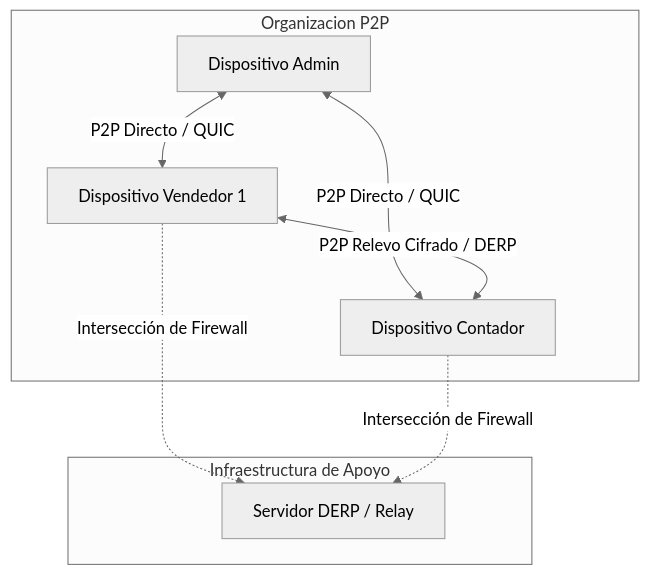
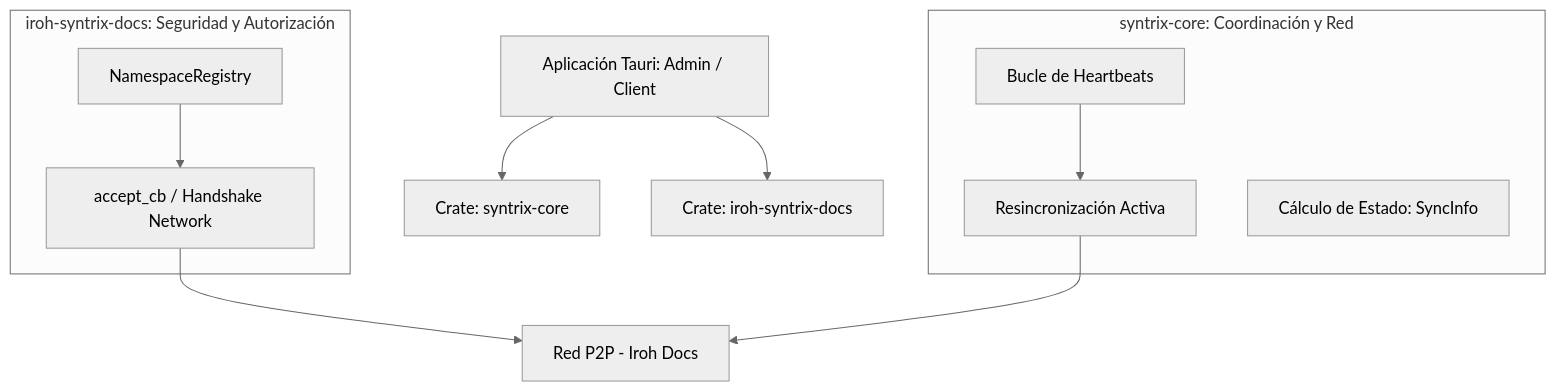
Before and after one commit to royalcala/syntrix-monorepo: the diagram in apps/docs/src/content/docs/arquitectura/sincronizacion.md, drawn with Mermaid (neutral theme). The commit also changed other lines of this file and 35 other files, not shown here.

````diff
--- a/apps/docs/src/content/docs/arquitectura/sincronizacion.md
+++ b/apps/docs/src/content/docs/arquitectura/sincronizacion.md
@@ -16,15 +16,17 @@
 ```mermaid
 graph TD
-    subgraph Organizacion P2P
-        A[Dispositivo Admin] <-->|P2P Directo / QUIC| B[Dispositivo Vendedor 1]
-        A <-->|P2P Directo / QUIC| C[Dispositivo Contador]
-        B <-->|P2P Relevo Cifrado / DERP| C
+    A[Aplicación Tauri: Admin / Client] --> B[Crate: syntrix-core]
+    A --> C[Crate: iroh-syntrix-docs]
+    
+    subgraph iroh-syntrix-docs: Seguridad y Autorización
+        C1[NamespaceRegistry] --> C2[accept_cb / Handshake Network]
     end
     
-    subgraph Infraestructura de Apoyo
-        D[Servidor DERP / Relay]
+    subgraph syntrix-core: Coordinación y Red
+        B1[Bucle de Heartbeats] --> B2[Resincronización Activa]
+        B3[Cálculo de Estado: SyncInfo]
     end
-    
-    B -. Intersección de Firewall .-> D
-    C -. Intersección de Firewall .-> D
+
+    C2 --> D[Red P2P - Iroh Docs]
+    B2 --> D
 ```
````
